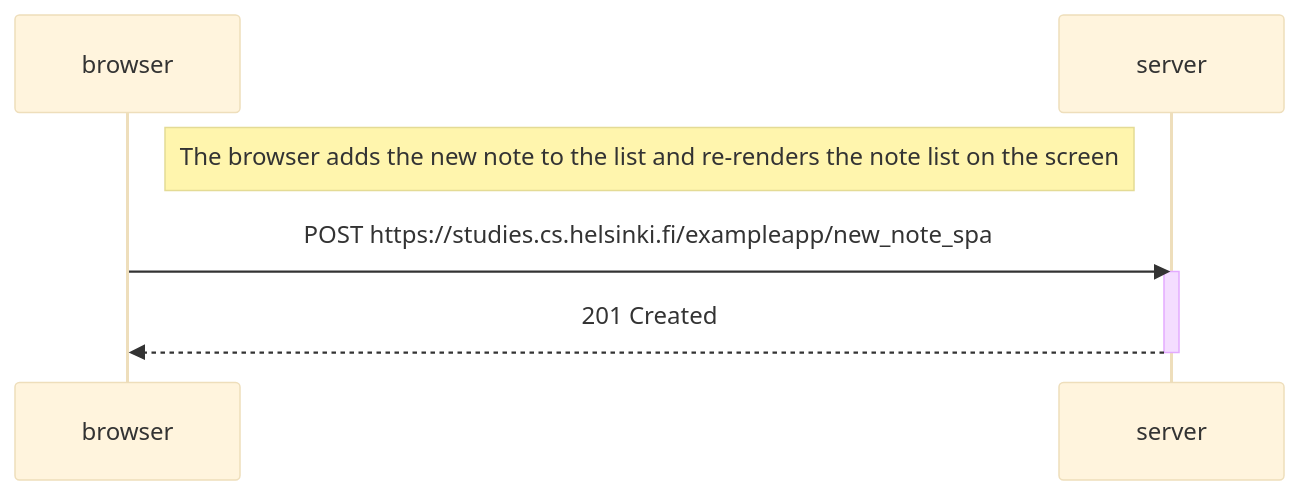
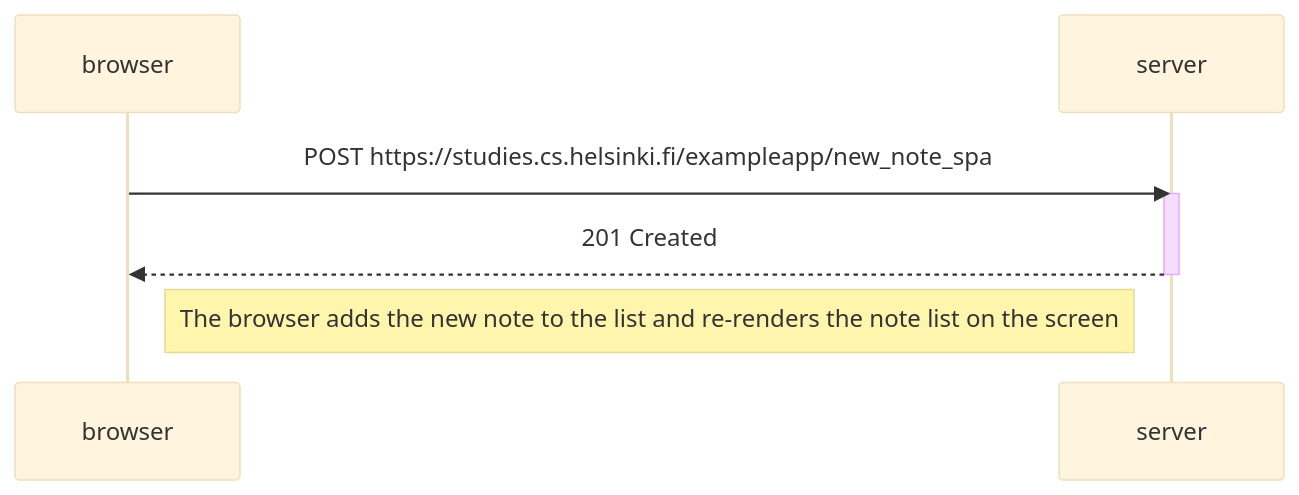
The diagram in osa0/muistiinpano_spa.md (Nese123/HY-Full-Stack-palautusrepositorio), drawn with Mermaid (base theme) before and after one commit.

````diff
--- a/osa0/muistiinpano_spa.md
+++ b/osa0/muistiinpano_spa.md
@@ -1,12 +1,14 @@
 ```mermaid
 sequenceDiagram
     participant browser
     participant server
 
-    Note right of browser: The browser adds the new note to the list and re-renders the note list on the screen
+    
 
     browser->>server: POST https://studies.cs.helsinki.fi/exampleapp/new_note_spa
     activate server
     server-->>browser: 201 Created
     deactivate server
+
+    Note right of browser: The browser adds the new note to the list and re-renders the note list on the screen
 ```
````
